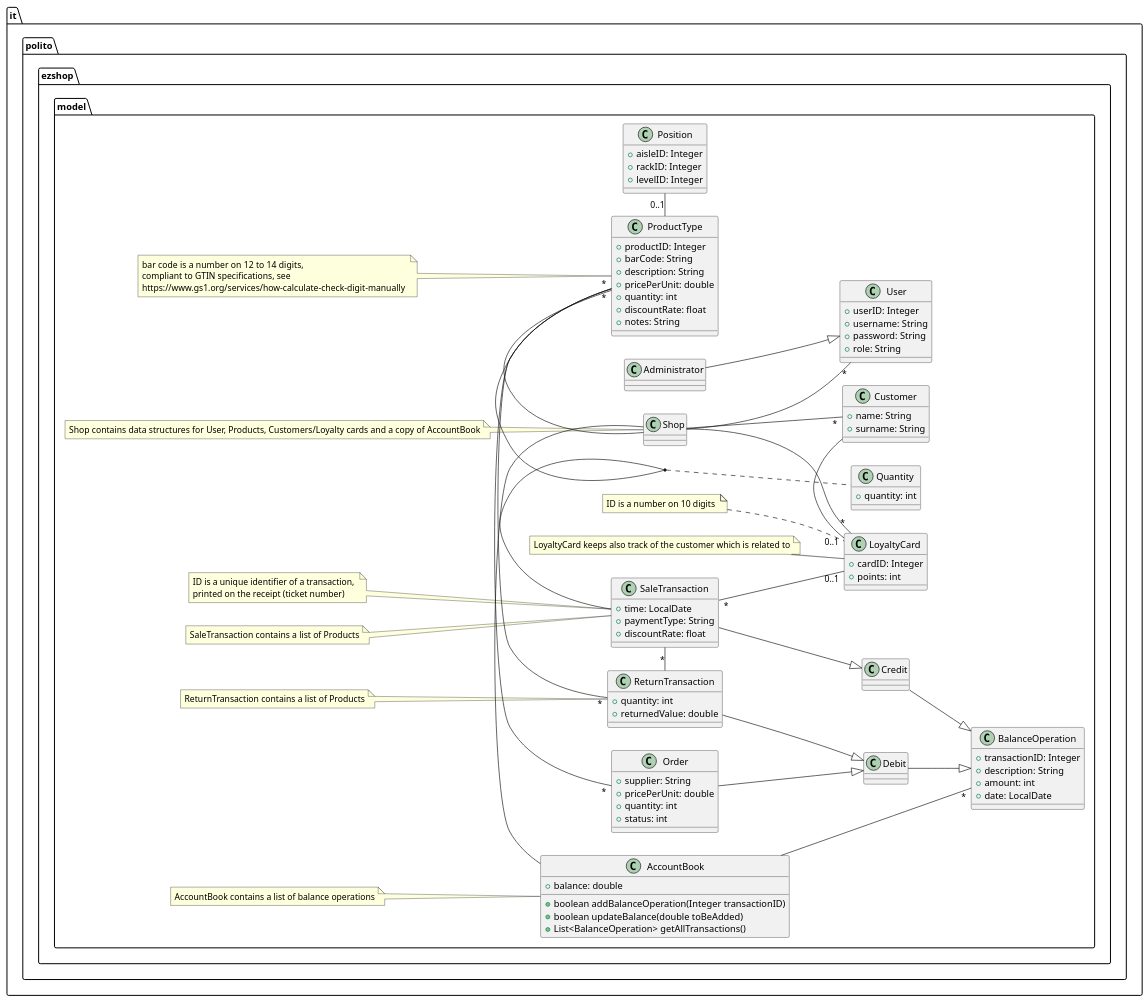
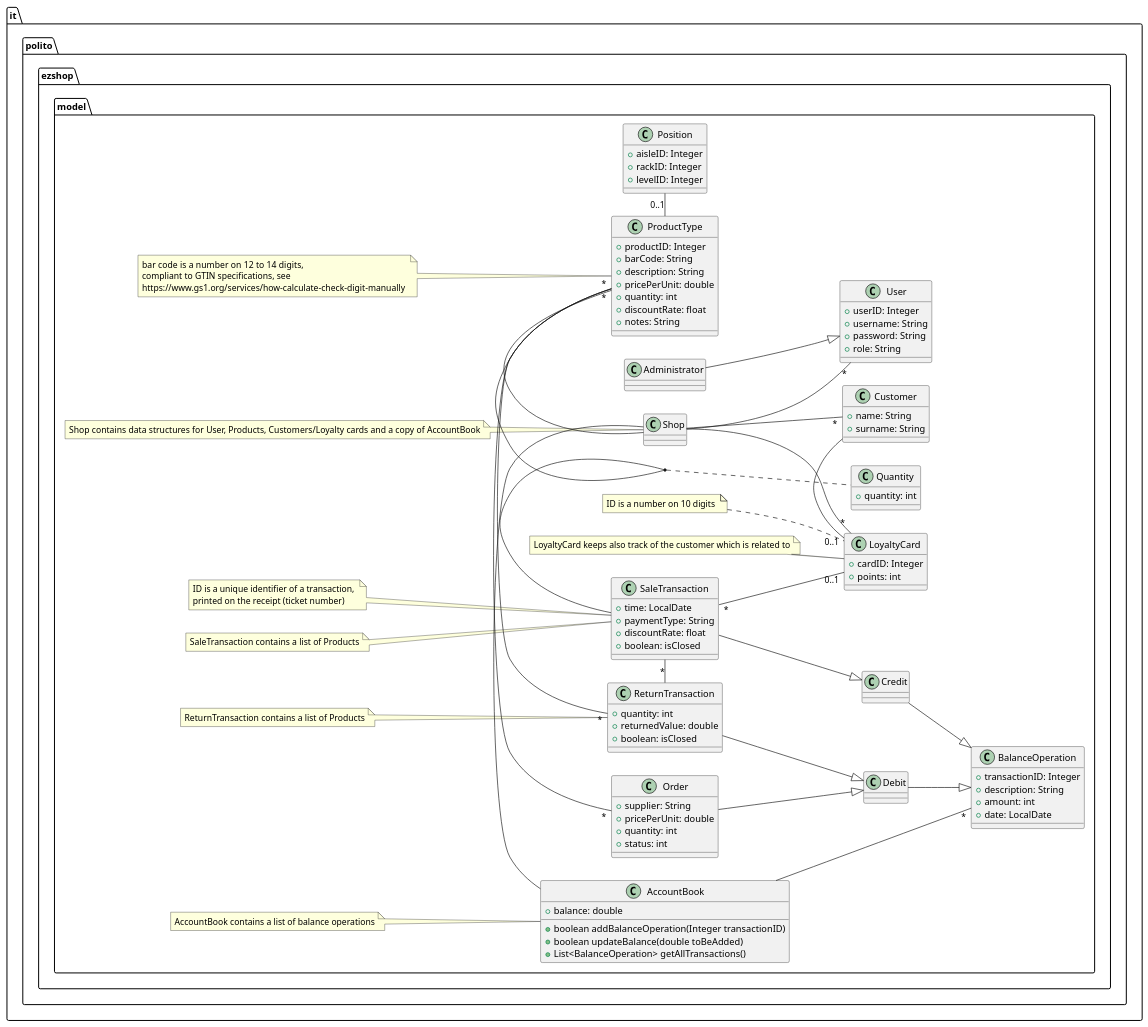
One commit to Stormz4/group20-EzShop changed the third of 18 diagrams in Deliverables/DesignDocument.md. Above: the diagram before and after it, drawn with PlantUML. The commit also changed other lines of this file, not shown here.

Commit message:
Doc: Modified various UC sequence

```diff
--- a/Deliverables/DesignDocument.md
+++ b/Deliverables/DesignDocument.md
@@ -214,6 +214,7 @@
     +time: LocalDate
     +paymentType: String
     +discountRate: float
+    +boolean: isClosed
 }
 SaleTransaction - "*" ProductType
 
@@ -257,7 +258,7 @@
 class ReturnTransaction {
   +quantity: int
   +returnedValue: double
-
+  +boolean: isClosed
 }
 
 Shop -- "*" LoyaltyCard
```
